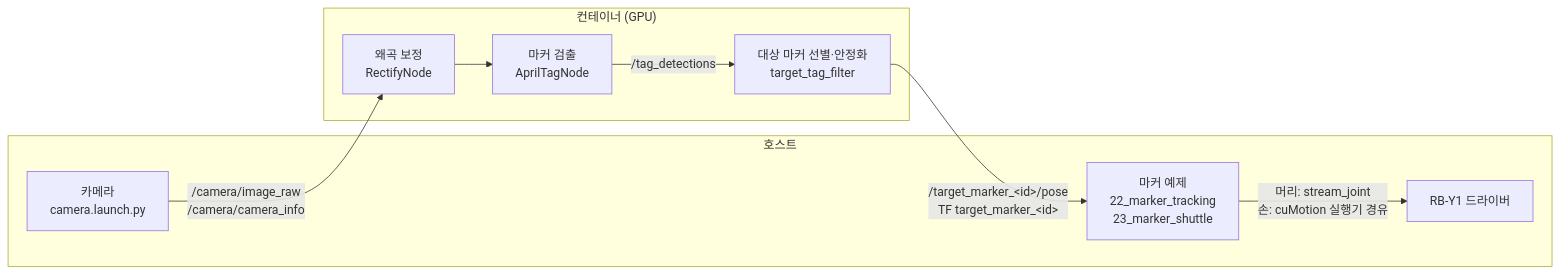
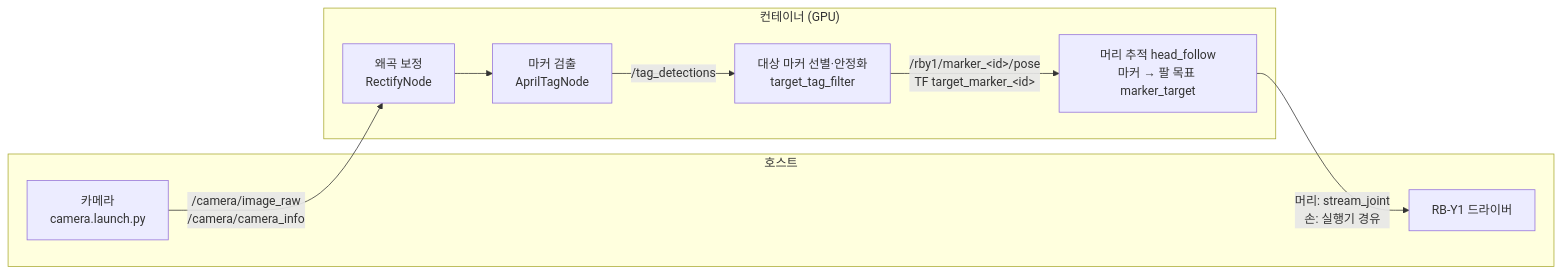
One commit to JeonSangMin-sw2/rby1_isaac_ros changed the diagram in docs/tutorial_apriltag.md. Above: the diagram before and after it, drawn with Mermaid. The commit also changed other lines of this file and 47 other files, not shown here.

````diff
--- a/docs/tutorial_apriltag.md
+++ b/docs/tutorial_apriltag.md
@@ -6,18 +6,18 @@
 ```mermaid
 flowchart LR
     subgraph host["호스트"]
         camera["카메라<br/>camera.launch.py"]
         driver["RB-Y1 드라이버"]
-        tracker["마커 예제<br/>22_marker_tracking<br/>23_marker_shuttle"]
     end
     subgraph container["컨테이너 (GPU)"]
         rectify["왜곡 보정<br/>RectifyNode"]
         apriltag["마커 검출<br/>AprilTagNode"]
         filter["대상 마커 선별·안정화<br/>target_tag_filter"]
+        tracker["머리 추적 head_follow<br/>마커 → 팔 목표 marker_target"]
     end
     camera -->|"/camera/image_raw<br/>/camera/camera_info"| rectify
     rectify --> apriltag
     apriltag -->|"/tag_detections"| filter
-    filter -->|"/target_marker_&lt;id&gt;/pose<br/>TF target_marker_&lt;id&gt;"| tracker
-    tracker -->|"머리: stream_joint<br/>손: cuMotion 실행기 경유"| driver
+    filter -->|"/rby1/marker_&lt;id&gt;/pose<br/>TF target_marker_&lt;id&gt;"| tracker
+    tracker -->|"머리: stream_joint<br/>손: 실행기 경유"| driver
 ```
````
